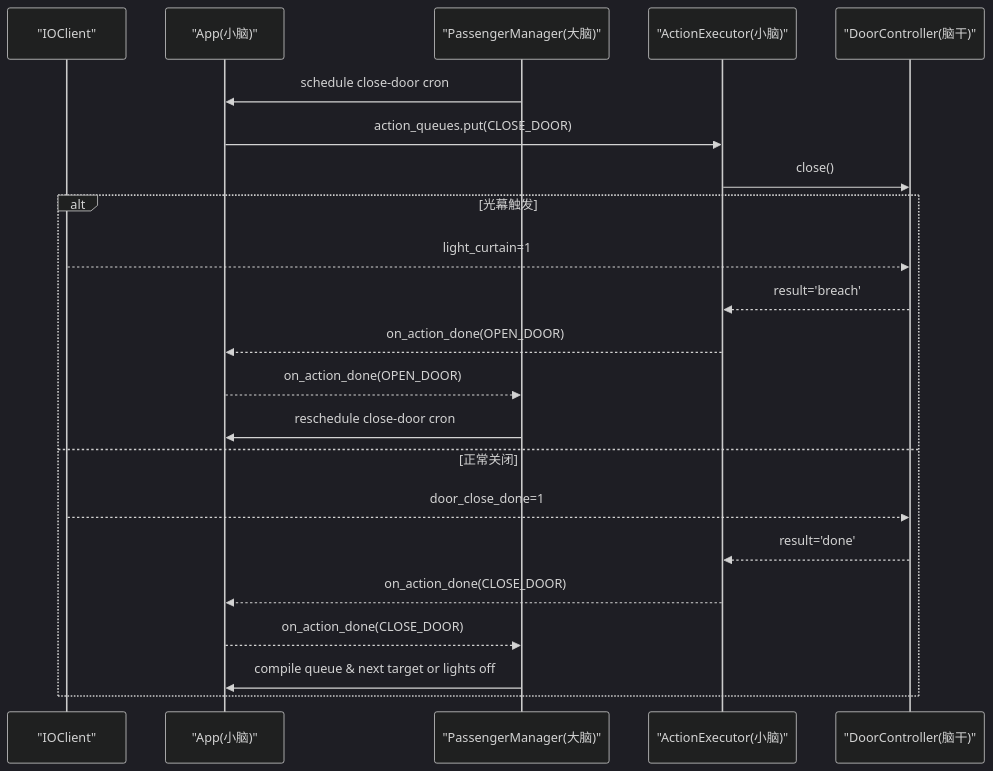
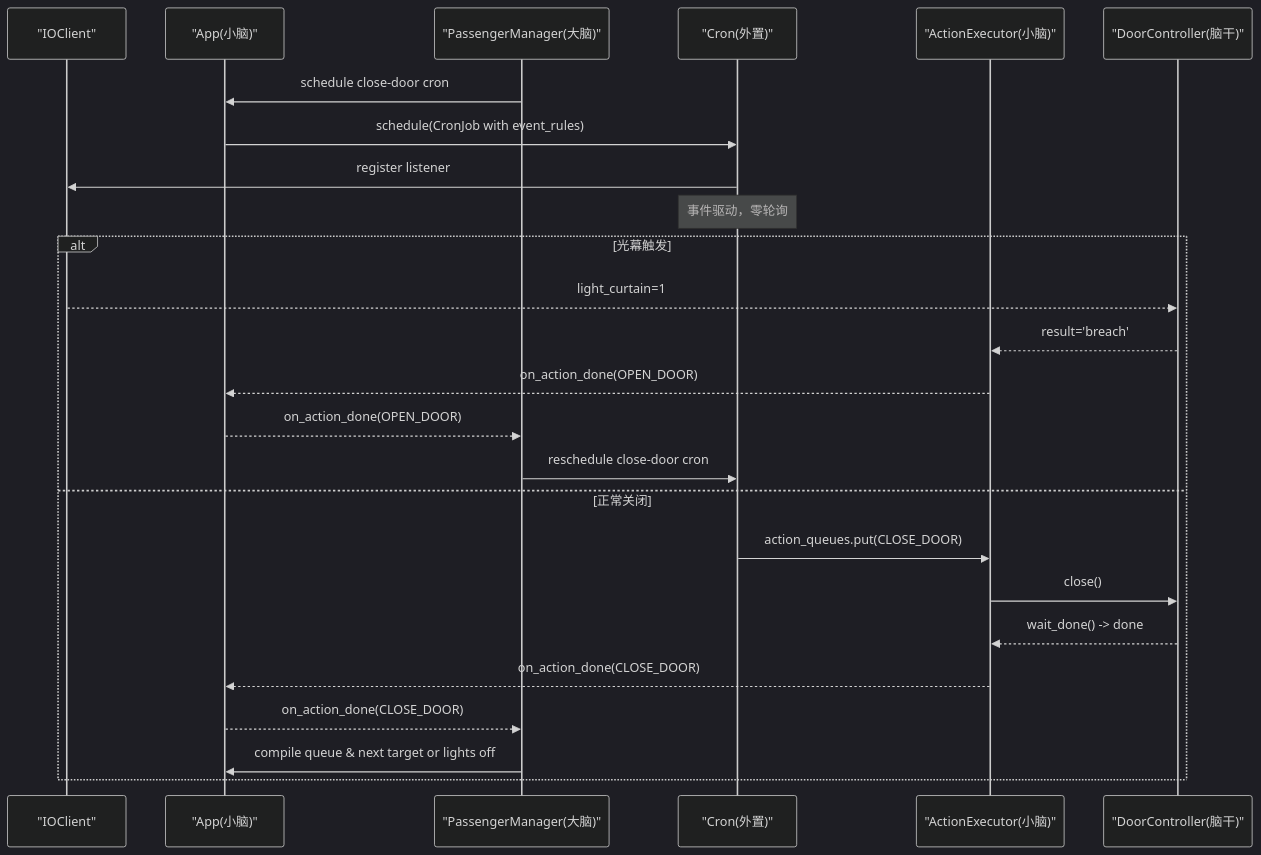
One commit to xmb505/Haku_EET changed the fourth of 6 diagrams in .qoder/repowiki/zh/content/系统架构概览/系统架构概览.md. Above: the diagram before and after it, drawn with Mermaid (dark theme). The commit also changed other lines of this file and 37 other files, not shown here.

First line of the commit message:
docs(architecture): 更新三层架构和模块职责说明

````diff
--- a/.qoder/repowiki/zh/content/系统架构概览/系统架构概览.md
+++ b/.qoder/repowiki/zh/content/系统架构概览/系统架构概览.md
@@ -270,24 +294,27 @@
 ```mermaid
 sequenceDiagram
 participant IO as "IOClient"
 participant App as "App(小脑)"
 participant PM as "PassengerManager(大脑)"
+participant Cron as "Cron(外置)"
 participant Exec as "ActionExecutor(小脑)"
 participant Ctrl as "DoorController(脑干)"
 PM->>App : schedule close-door cron
-App->>Exec : action_queues.put(CLOSE_DOOR)
-Exec->>Ctrl : close()
+App->>Cron : schedule(CronJob with event_rules)
+Cron->>IO : register listener
+Note over Cron : 事件驱动，零轮询
 alt 光幕触发
 IO-->>Ctrl : light_curtain=1
 Ctrl-->>Exec : result='breach'
 Exec-->>App : on_action_done(OPEN_DOOR)
 App-->>PM : on_action_done(OPEN_DOOR)
-PM->>App : reschedule close-door cron
+PM->>Cron : reschedule close-door cron
 else 正常关闭
-IO-->>Ctrl : door_close_done=1
-Ctrl-->>Exec : result='done'
+Cron->>Exec : action_queues.put(CLOSE_DOOR)
+Exec->>Ctrl : close()
+Ctrl-->>Exec : wait_done() -> done
 Exec-->>App : on_action_done(CLOSE_DOOR)
 App-->>PM : on_action_done(CLOSE_DOOR)
 PM->>App : compile queue & next target or lights off
 end
 ```
````
